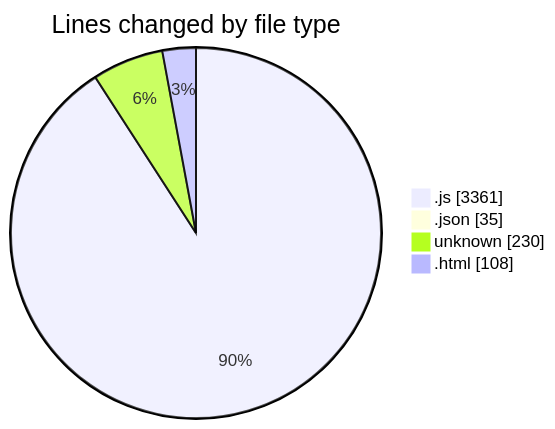
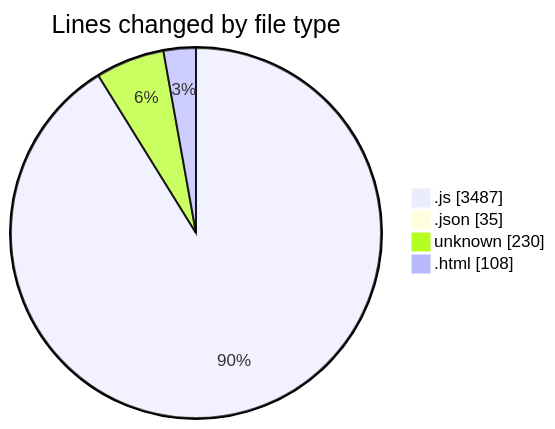
The first of 2 diagrams in 2026-02-20/bot_i_a/README.md (becaeroporto-bot/code-tracking), drawn with Mermaid before and after one commit. The commit also changed other lines of this file and 1 other file, not shown here.

````diff
--- a/2026-02-20/bot_i_a/README.md
+++ b/2026-02-20/bot_i_a/README.md
@@ -44,8 +44,8 @@
 ```mermaid
 pie showData
 title Lines changed by file type
-".js" : 3361
+".js" : 3487
 ".json" : 35
 "unknown" : 230
 ".html" : 108
 ```
````
